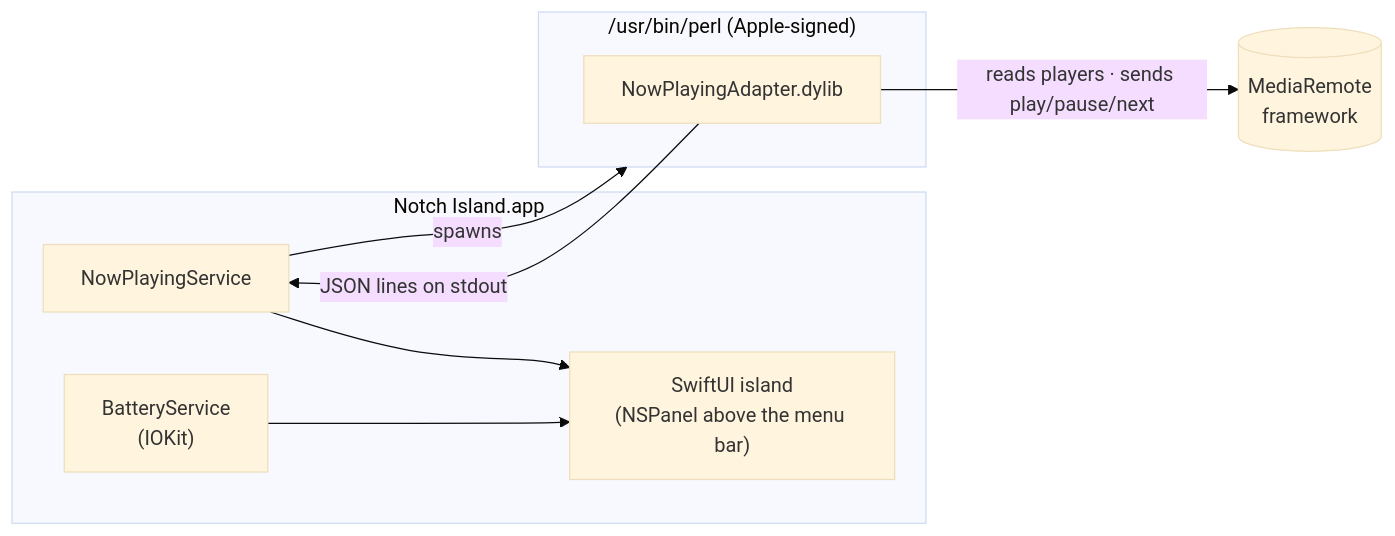
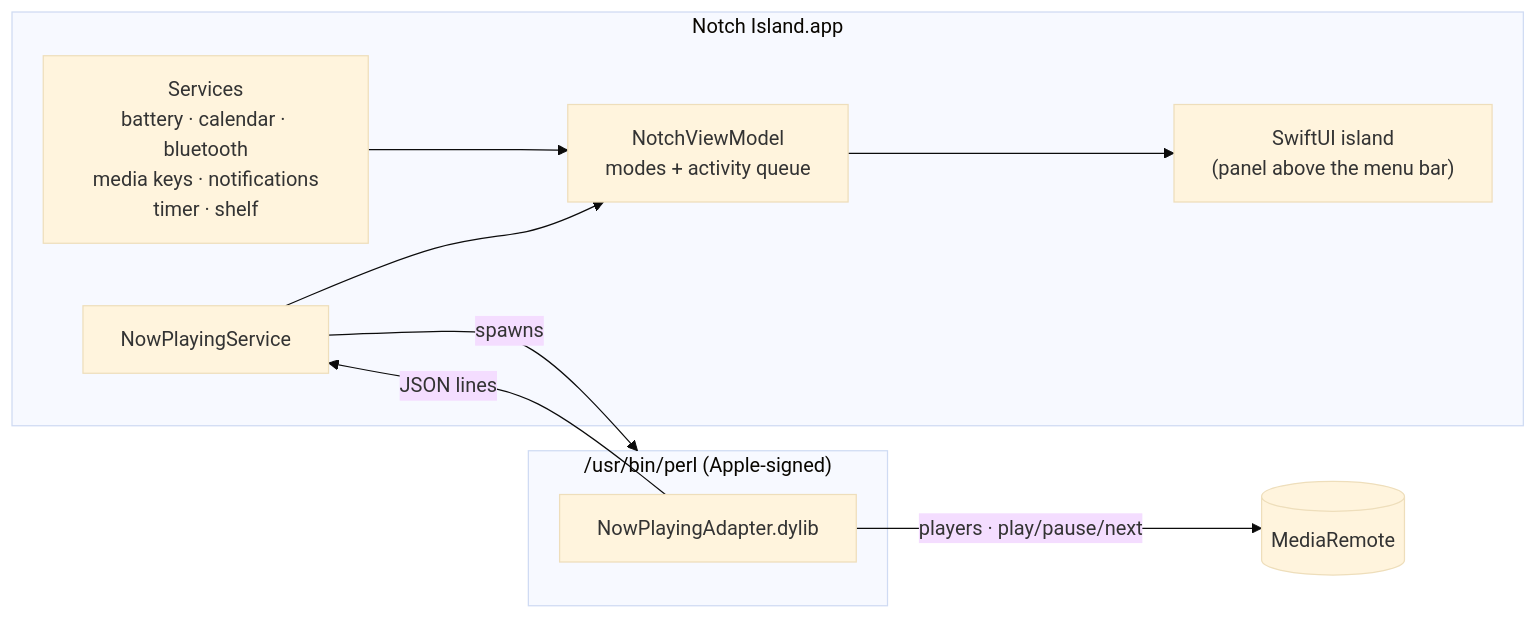
One commit to gangireddymayur/notch-island changed the diagram in README.md. Above: the diagram before and after it, drawn with Mermaid (base theme). The commit also changed other lines of this file and 22 other files, not shown here.

First line of the commit message:
Add notifications, calendar, Bluetooth, volume/brightness HUD, file shelf, timer, battery alerts

````diff
--- a/README.md
+++ b/README.md
@@ -73,18 +94,19 @@
 ```mermaid
 flowchart LR
     subgraph App["Notch Island.app"]
-        UI["SwiftUI island<br/>(NSPanel above the menu bar)"]
+        UI["SwiftUI island<br/>(panel above the menu bar)"]
+        VM["NotchViewModel<br/>modes + activity queue"]
+        S["Services<br/>battery · calendar · bluetooth<br/>media keys · notifications<br/>timer · shelf"]
         NP["NowPlayingService"]
-        BS["BatteryService<br/>(IOKit)"]
     end
     subgraph Perl["/usr/bin/perl (Apple-signed)"]
         AD["NowPlayingAdapter.dylib"]
     end
-    MR[("MediaRemote<br/>framework")]
+    MR[("MediaRemote")]
 
-    NP -- "spawns" --> Perl
-    AD -- "reads players · sends play/pause/next" --> MR
-    AD -- "JSON lines on stdout" --> NP
-    NP --> UI
-    BS --> UI
+    S --> VM --> UI
+    NP --> VM
+    NP -- spawns --> Perl
+    AD -- "players · play/pause/next" --> MR
+    AD -- "JSON lines" --> NP
 ```
````
